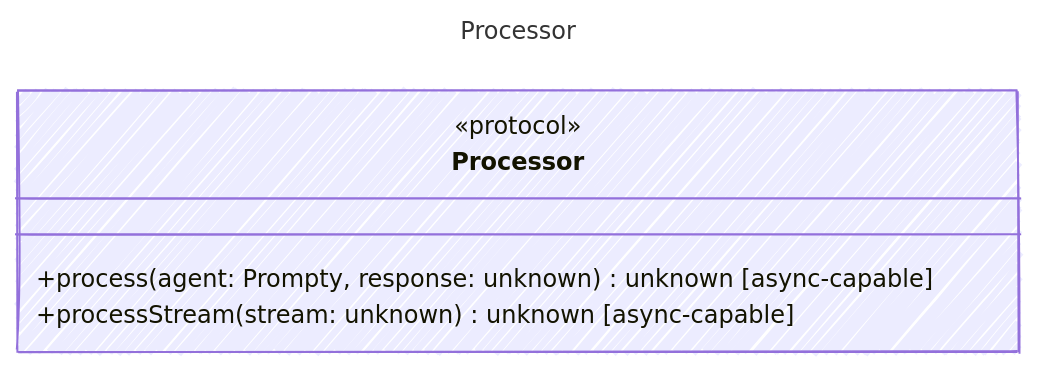
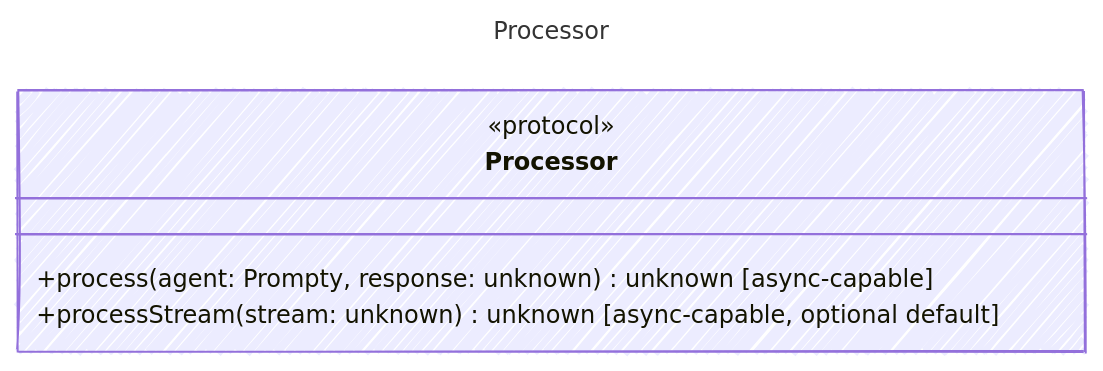
Before and after one commit to microsoft/prompty: the diagram in web/src/content/docs/reference/Processor.md, drawn with Mermaid. The commit also changed other lines of this file and 1472 other files, not shown here.

````diff
--- a/web/src/content/docs/reference/Processor.md
+++ b/web/src/content/docs/reference/Processor.md
@@ -12,16 +12,16 @@
 ```mermaid
 ---
 title: Processor
 config:
   look: handDrawn
   theme: colorful
   class:
     hideEmptyMembersBox: true
 ---
 classDiagram
     class Processor {
       <<protocol>>
         +process(agent: Prompty, response: unknown) unknown [async-capable]
-        +processStream(stream: unknown) unknown [async-capable]
+        +processStream(stream: unknown) unknown [async-capable, optional default]
     }
 ```
````
